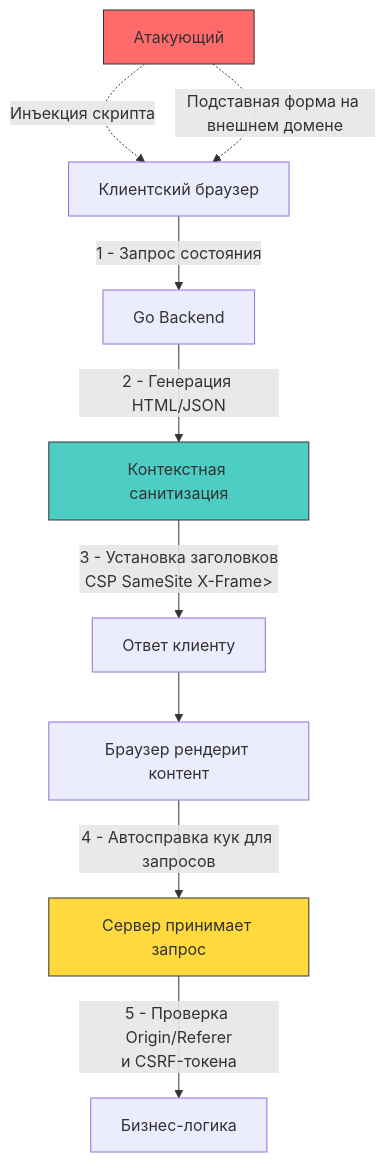
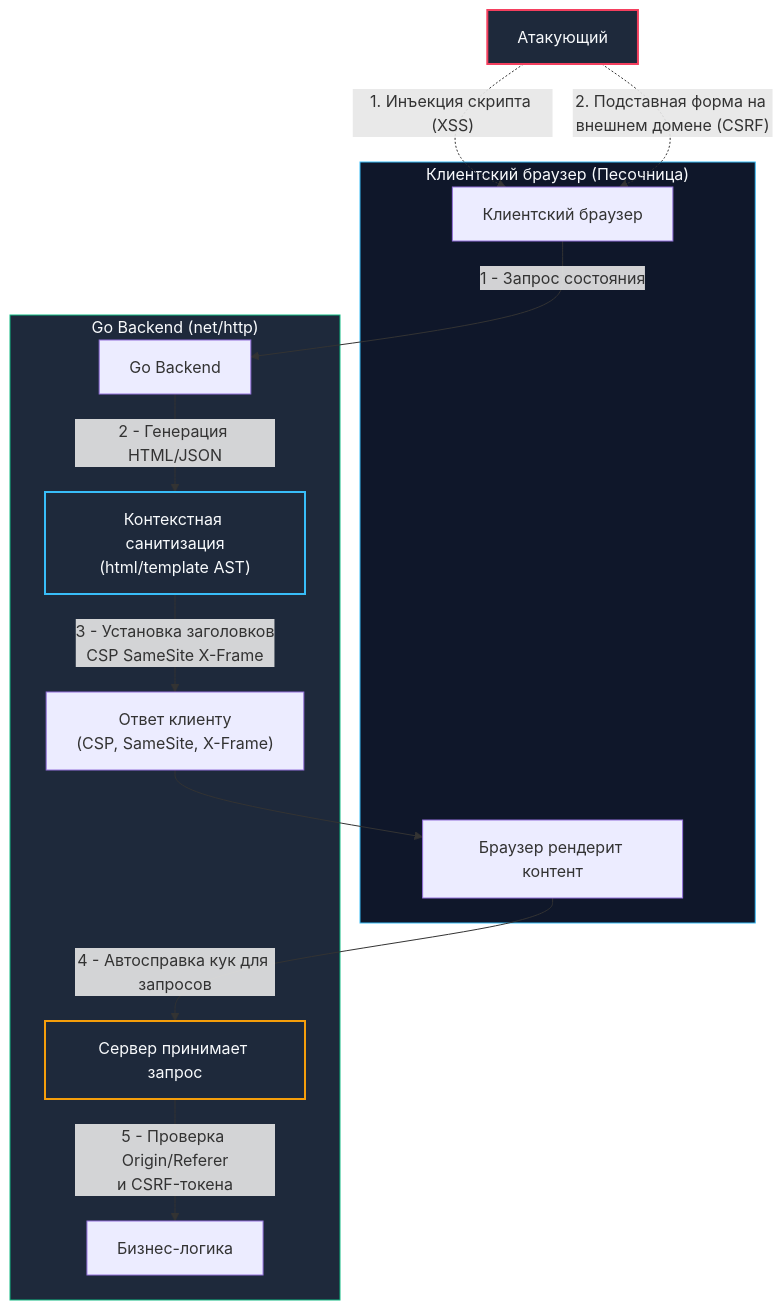
Before and after one commit to UnrealTemplier/go-textbook: the diagram in sources/17. Безопасность (AppSec в Go)/04. Уязвимости/2. XSS и CSRF.md, drawn with Mermaid. The commit also changed other lines of this file, not shown here.

Commit message:
feat(module-17): editorial rewrite of 04.2 XSS and CSRF in Kernighan style

````diff
--- a/sources/17. Безопасность (AppSec в Go)/04. Уязвимости/2. XSS и CSRF.md
+++ b/sources/17. Безопасность (AppSec в Go)/04. Уязвимости/2. XSS и CSRF.md
@@ -7,17 +11,31 @@
 ```mermaid
 flowchart TD
-    A["Клиентский браузер"] -->|"1 - Запрос состояния"| B["Go Backend"]
-    B -->|"2 - Генерация HTML/JSON"| C["Контекстная санитизация"]
-    C -->|"3 - Установка заголовков<br>CSP SameSite X-Frame">| D["Ответ клиенту"]
+    subgraph Browser["Клиентский браузер (Песочница)"]
+        A["Клиентский браузер"]
+        E["Браузер рендерит контент"]
+    end
+
+    subgraph Backend["Go Backend (net/http)"]
+        B["Go Backend"]
+        C["Контекстная санитизация<br/>(html/template AST)"]
+        D["Ответ клиенту<br/>(CSP, SameSite, X-Frame)"]
+        F["Сервер принимает запрос"]
+        G["Бизнес-логика"]
+    end
+
+    H["Атакующий"] -.->|"1. Инъекция скрипта (XSS)"| A
+    H -.->|"2. Подставная форма на внешнем домене (CSRF)"| A
     
-    D --> E["Браузер рендерит контент"]
-    E -->|"4 - Автосправка кук для запросов"| F["Сервер принимает запрос"]
-    F -->|"5 - Проверка Origin/Referer<br>и CSRF-токена"| G["Бизнес-логика"]
-    
-    H["Атакующий"] -.->|"Инъекция скрипта"| A
-    H -.->|"Подставная форма на внешнем домене"| A
-    
-    style C fill:#4ecdc4,stroke:#333
-    style F fill:#ffd93d,stroke:#333
-    style H fill:#ff6b6b,stroke:#333
+    A -->|"1 - Запрос состояния"| B
+    B -->|"2 - Генерация HTML/JSON"| C
+    C -->|"3 - Установка заголовков<br/>CSP SameSite X-Frame"| D
+    D --> E
+    E -->|"4 - Автосправка кук для запросов"| F
+    F -->|"5 - Проверка Origin/Referer<br/>и CSRF-токена"| G
+
+    style Browser fill:#0f172a,stroke:#38bdf8,stroke-width:1px,color:#f8fafc
+    style Backend fill:#1e293b,stroke:#10b981,stroke-width:1px,color:#f8fafc
+    style C fill:#1e293b,stroke:#38bdf8,stroke-width:2px,color:#f8fafc
+    style F fill:#1e293b,stroke:#f59e0b,stroke-width:2px,color:#f8fafc
+    style H fill:#1e293b,stroke:#f43f5e,stroke-width:2px,color:#f8fafc
 ```
````
